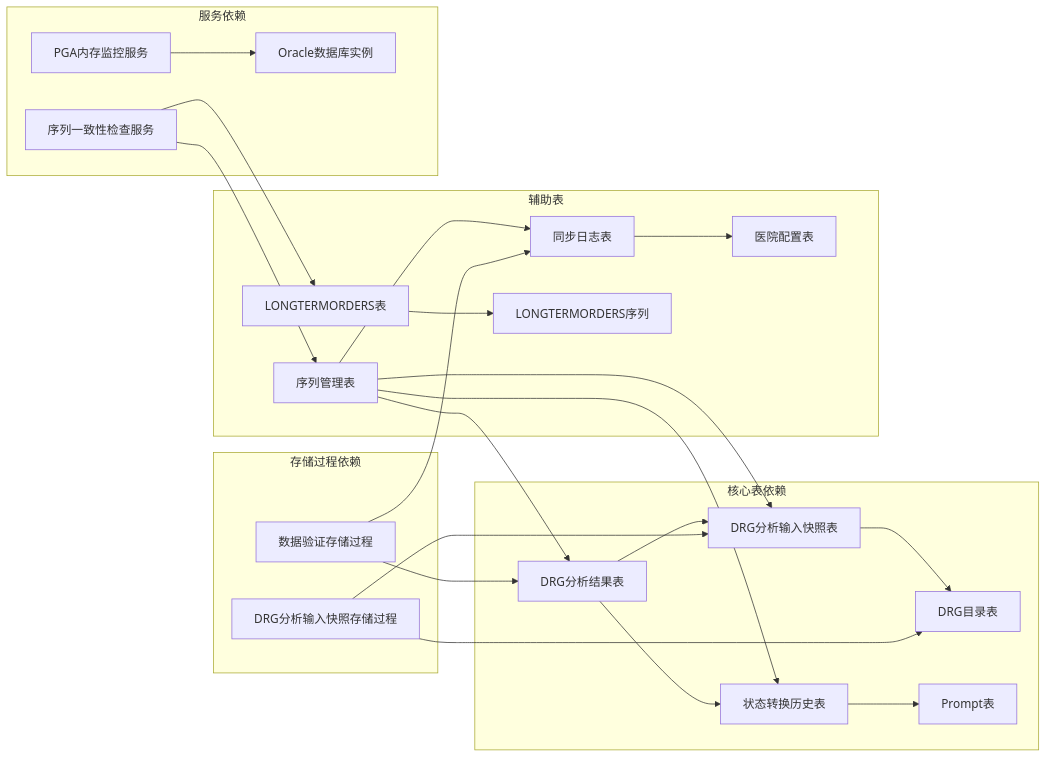
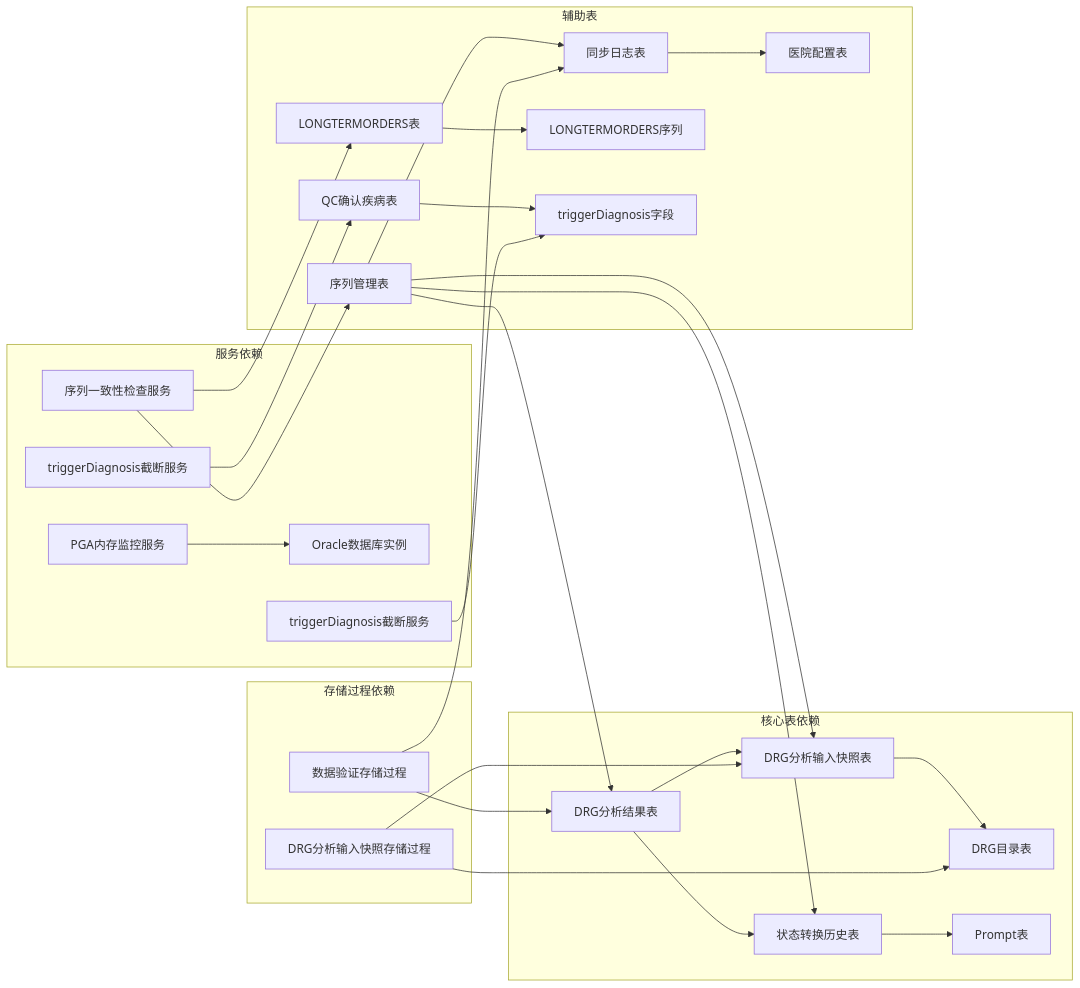
Before and after one commit to liuzh2008/med_ai_assistant_workspace: diagram 13 of 21 in .qoder/repowiki/zh/content/Database Operations.md, drawn with Mermaid. The commit also changed other lines of this file and 4 other files, not shown here.

````diff
--- a/.qoder/repowiki/zh/content/Database Operations.md
+++ b/.qoder/repowiki/zh/content/Database Operations.md
@@ -477,28 +554,31 @@
 ```mermaid
 graph LR
 subgraph "核心表依赖"
 A[DRG分析结果表] --> B[DRG分析输入快照表]
 A --> C[状态转换历史表]
 B --> D[DRG目录表]
 C --> E[Prompt表]
 end
 subgraph "辅助表"
 F[同步日志表] --> G[医院配置表]
 H[序列管理表] --> A
 H --> B
 H --> C
 H --> F
 I[LONGTERMORDERS表] --> J[LONGTERMORDERS序列]
+K[QC确认疾病表] --> L[triggerDiagnosis字段]
 end
 subgraph "存储过程依赖"
-K[DRG分析输入快照存储过程] --> B
-K --> D
-L[数据验证存储过程] --> A
-L --> F
+M[DRG分析输入快照存储过程] --> B
+M --> D
+N[数据验证存储过程] --> A
+N --> F
 end
 subgraph "服务依赖"
-M[序列一致性检查服务] --> H
-M --> I
-N[PGA内存监控服务] --> O[Oracle数据库实例]
+O[序列一致性检查服务] --> H
+O --> I
+P[PGA内存监控服务] --> Q[Oracle数据库实例]
+R[triggerDiagnosis截断服务] --> K
+S[triggerDiagnosis截断服务] --> L
 end
 ```
````
